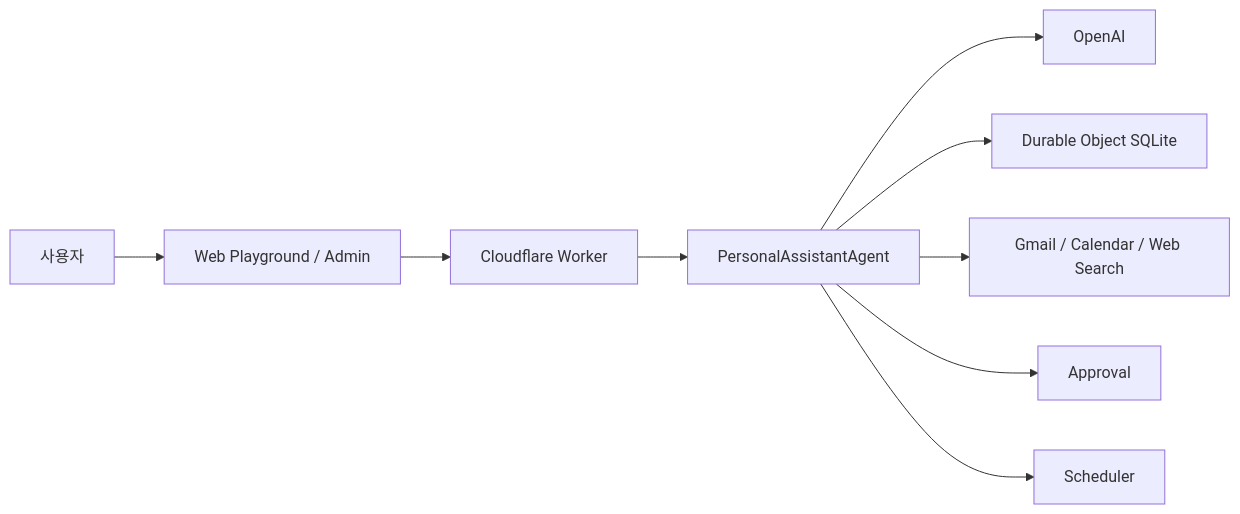
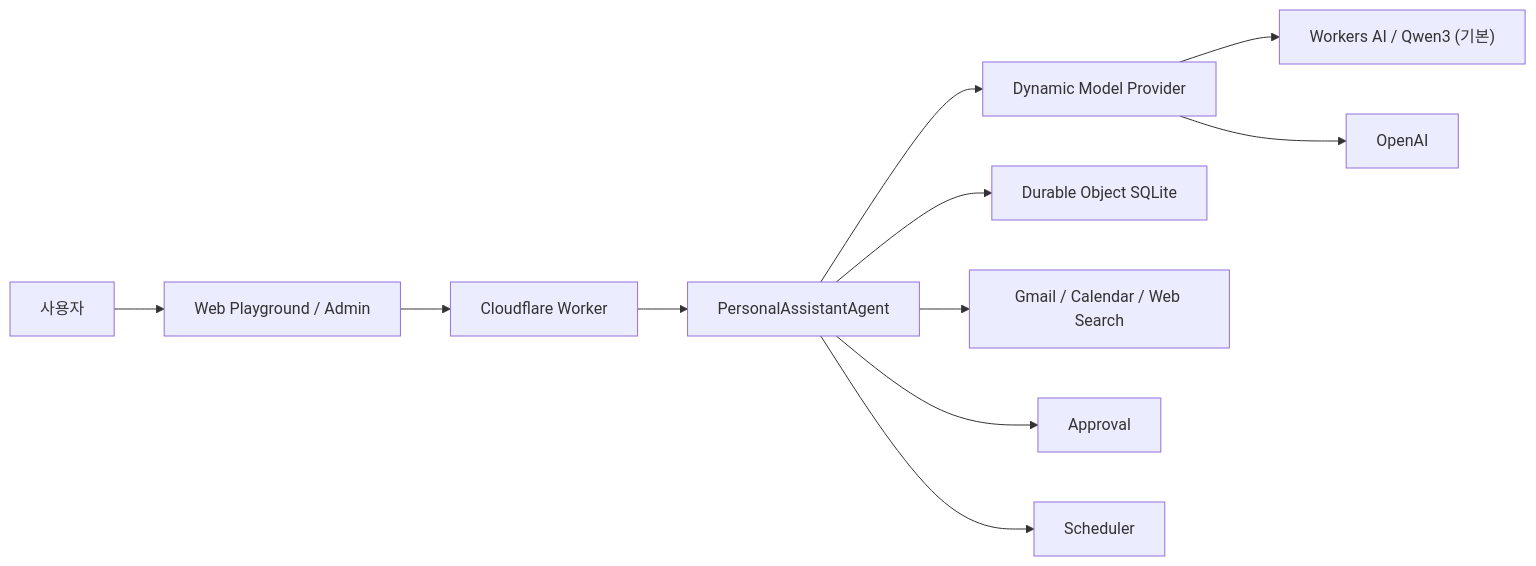
Before and after one commit to LifeMap/jarvis: the diagram in README.md, drawn with Mermaid. The commit also changed other lines of this file and 12 other files, not shown here.

````diff
--- a/README.md
+++ b/README.md
@@ -31,11 +31,13 @@
 ```mermaid
 flowchart LR
   U["사용자"] --> W["Web Playground / Admin"]
   W --> API["Cloudflare Worker"]
   API --> A["PersonalAssistantAgent"]
-  A --> LLM["OpenAI"]
+  A --> LLM["Dynamic Model Provider"]
+  LLM --> WAI["Workers AI / Qwen3 (기본)"]
+  LLM --> OAI["OpenAI"]
   A --> DB["Durable Object SQLite"]
   A --> T["Gmail / Calendar / Web Search"]
   A --> AP["Approval"]
   A --> S["Scheduler"]
 ```
````
